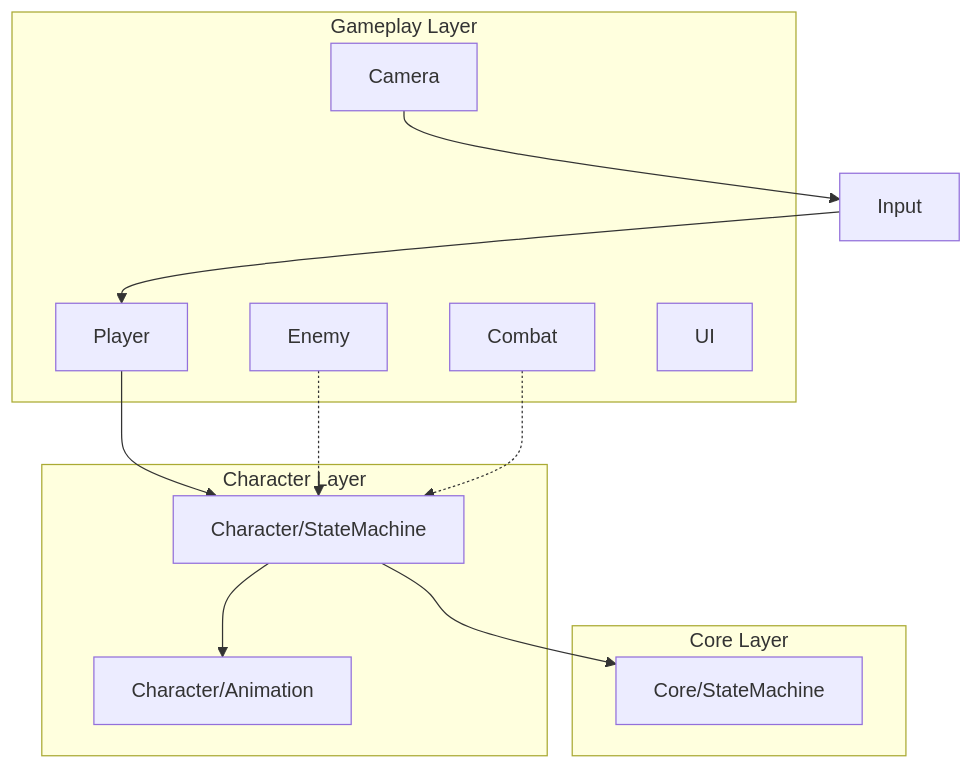
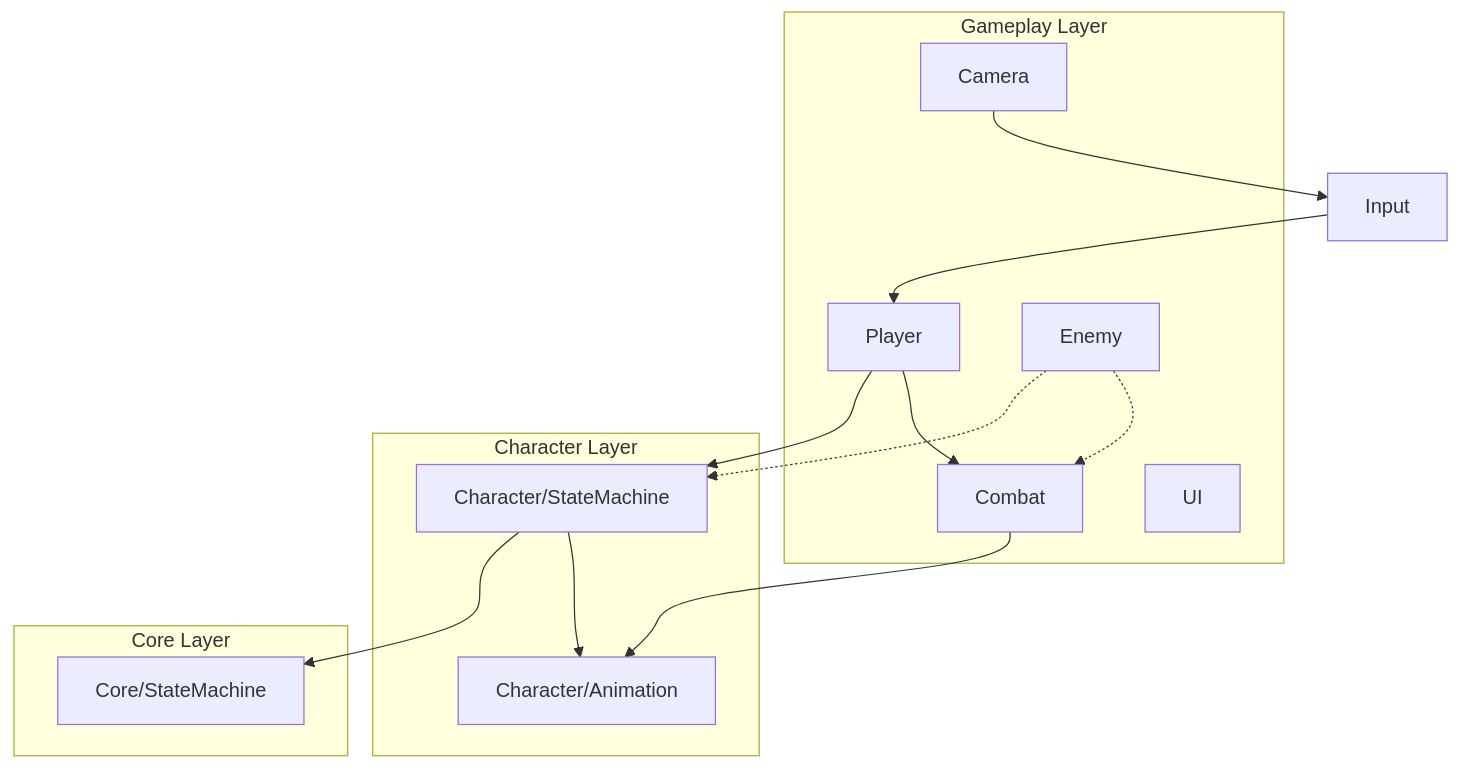
The diagram in .cursor/skills/actgame-architecture/ARCHITECTURE.md (diosamacao/DiavoloGame), drawn with Mermaid before and after one commit. The commit also changed other lines of this file and 42 other files, not shown here.

````diff
--- a/.cursor/skills/actgame-architecture/ARCHITECTURE.md
+++ b/.cursor/skills/actgame-architecture/ARCHITECTURE.md
@@ -34,24 +39,26 @@
 ```mermaid
 flowchart TB
     subgraph gameplay [Gameplay Layer]
         Player
         Enemy
         Combat
         Camera
         UI
     end
     subgraph character [Character Layer]
         CharAnim[Character/Animation]
         CharSM[Character/StateMachine]
     end
     subgraph core [Core Layer]
         CoreSM[Core/StateMachine]
     end
     Input --> Player
     Player --> CharSM
+    Player --> Combat
     CharSM --> CoreSM
     CharSM --> CharAnim
+    Combat --> CharAnim
     Camera --> Input
     Enemy -.-> CharSM
-    Combat -.-> CharSM
+    Enemy -.-> Combat
 ```
````
